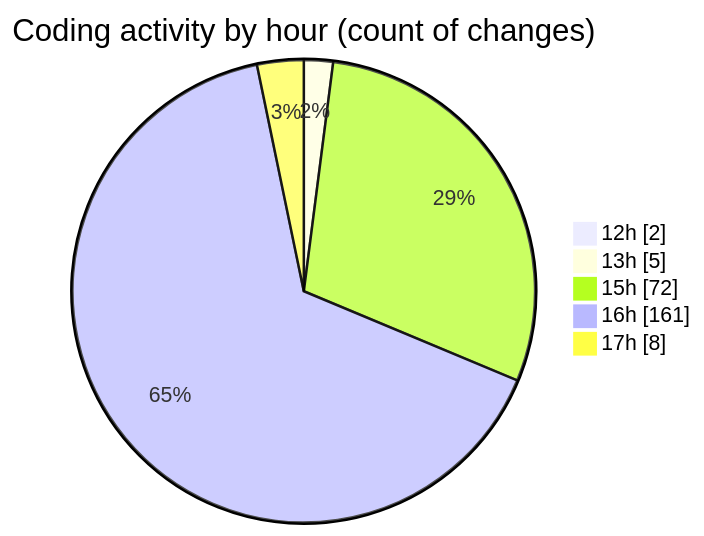
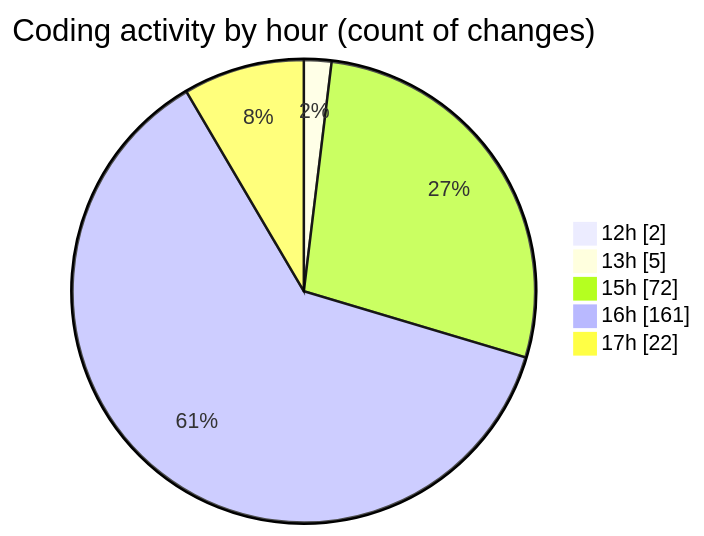
The second of 2 diagrams in 2025-07-12/fish/README.md (EIIisD/code-tracking), drawn with Mermaid before and after one commit. The commit also changed other lines of this file and 1 other file, not shown here.

````diff
--- a/2025-07-12/fish/README.md
+++ b/2025-07-12/fish/README.md
@@ -157,9 +164,9 @@
 ```mermaid
 pie showData
 title Coding activity by hour (count of changes)
 "12h" : 2
 "13h" : 5
 "15h" : 72
 "16h" : 161
-"17h" : 8
+"17h" : 22
 ```
````
